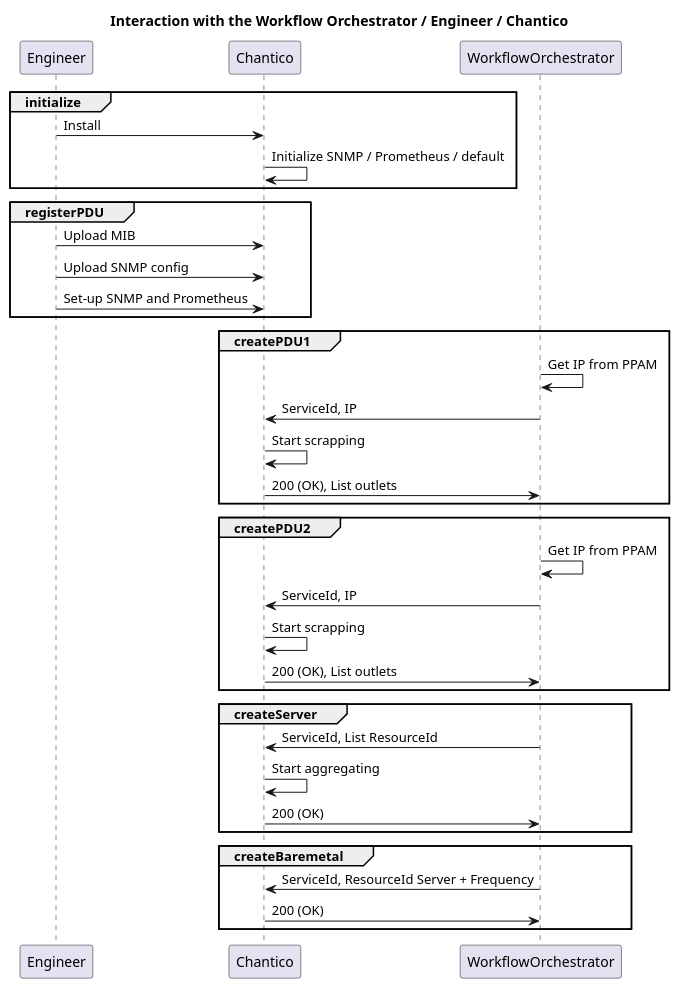
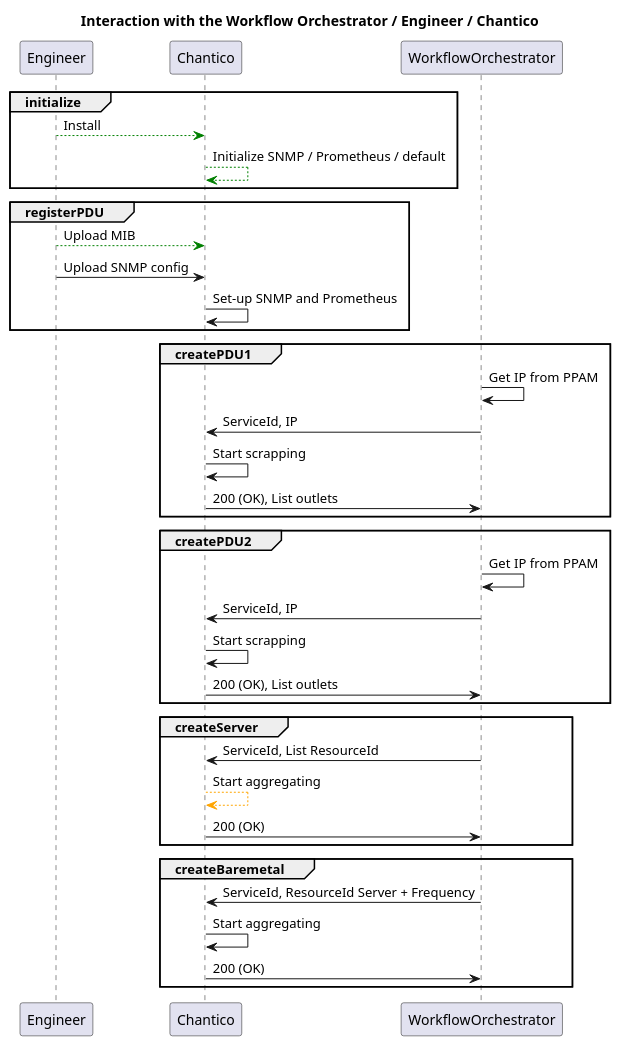
Before and after one commit to TNO-MISD/chantico: the diagram in docs/puml/workflows-edc-interactions.puml, drawn with PlantUML. The commit also changed 1 other file, not shown here.

```diff
--- a/docs/puml/workflows-edc-interactions.puml
+++ b/docs/puml/workflows-edc-interactions.puml
@@ -1,39 +1,40 @@
 @startuml
 title: Interaction with the Workflow Orchestrator / Engineer / Chantico
 
 group initialize
-	Engineer -> Chantico: Install
-	Chantico -> Chantico: Initialize SNMP / Prometheus / default
+	Engineer -[#green]-> Chantico: Install
+	Chantico -[#green]-> Chantico: Initialize SNMP / Prometheus / default
 end
 
 group registerPDU
-Engineer -> Chantico: Upload MIB
+Engineer -[#green]-> Chantico: Upload MIB
 Engineer -> Chantico: Upload SNMP config
-Engineer -> Chantico: Set-up SNMP and Prometheus
+Chantico -> Chantico: Set-up SNMP and Prometheus
 end
 
 group createPDU1
 WorkflowOrchestrator -> WorkflowOrchestrator: Get IP from PPAM
 WorkflowOrchestrator -> Chantico: ServiceId, IP
 Chantico -> Chantico: Start scrapping
 Chantico -> WorkflowOrchestrator: 200 (OK), List outlets
 end createPDU
 
 group createPDU2
 WorkflowOrchestrator -> WorkflowOrchestrator: Get IP from PPAM
 WorkflowOrchestrator -> Chantico: ServiceId, IP
 Chantico -> Chantico: Start scrapping
 Chantico -> WorkflowOrchestrator: 200 (OK), List outlets
 end createPDU
 
 group createServer
 WorkflowOrchestrator -> Chantico: ServiceId, List ResourceId
-Chantico -> Chantico: Start aggregating
+Chantico -[#orange]-> Chantico: Start aggregating
 Chantico -> WorkflowOrchestrator: 200 (OK)
 end createServer
 
 group createBaremetal
 WorkflowOrchestrator -> Chantico: ServiceId, ResourceId Server + Frequency
+Chantico -> Chantico: Start aggregating
 Chantico -> WorkflowOrchestrator: 200 (OK)
 end createBaremetal
 @enduml
```
